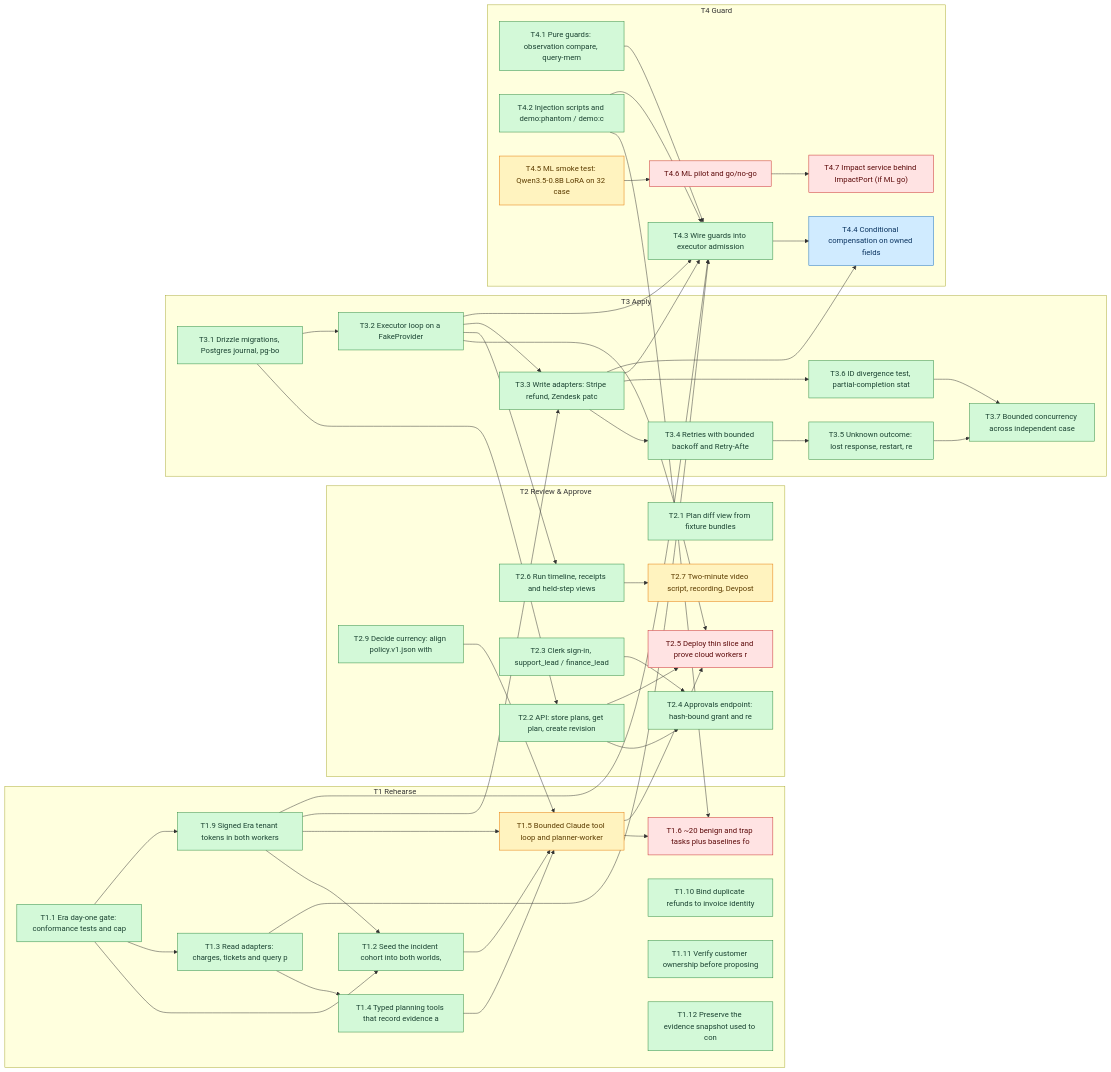
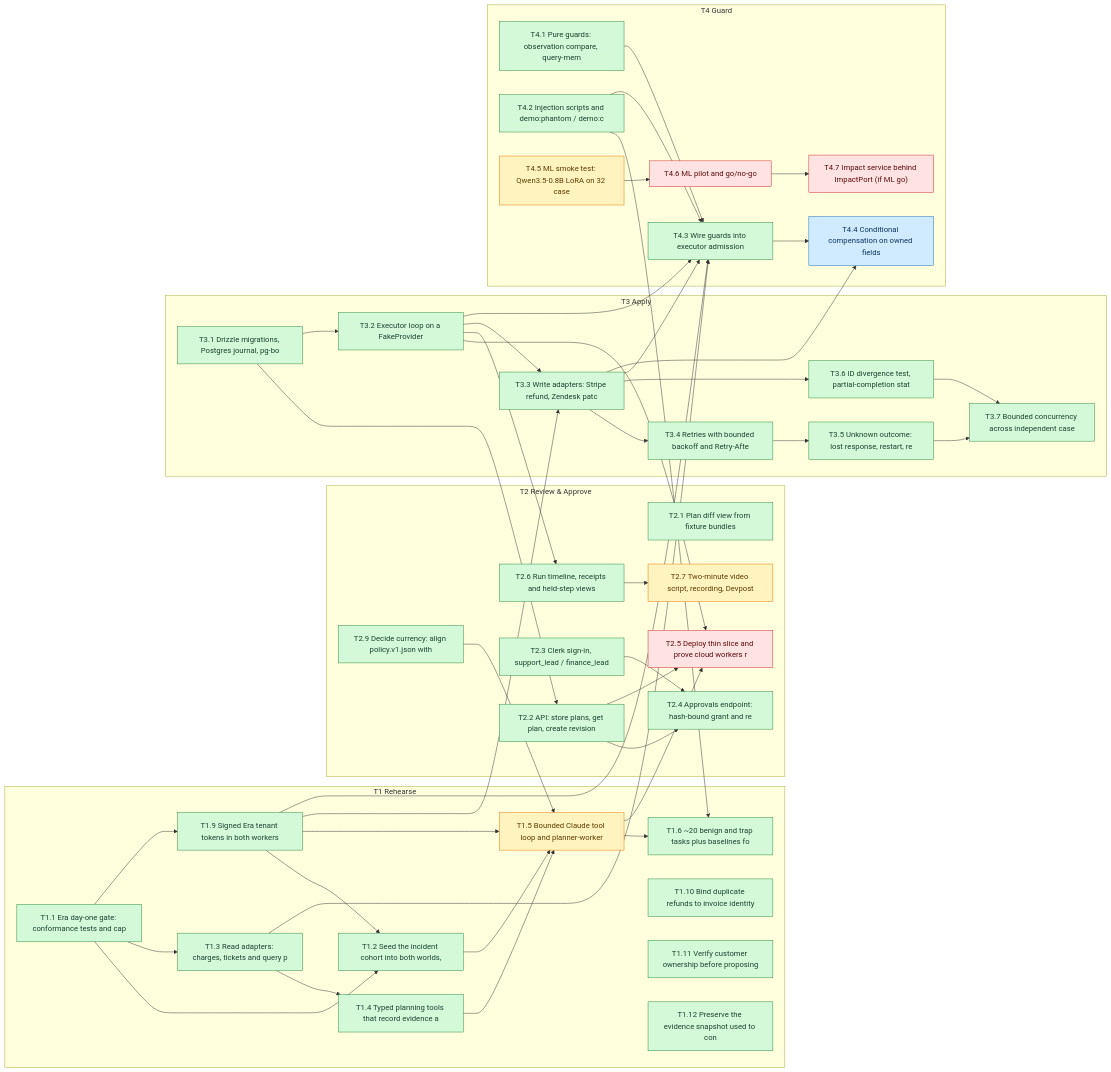
One commit to SoroushRF/Rehearsal changed the diagram in BLOCKERS.md. Above: the diagram before and after it, drawn with Mermaid. The commit also changed other lines of this file, not shown here.

```diff
--- a/BLOCKERS.md
+++ b/BLOCKERS.md
@@ -94,7 +94,7 @@
     T1_3["T1.3 Read adapters: charges, tickets and query p"]:::done
     T1_4["T1.4 Typed planning tools that record evidence a"]:::done
     T1_5["T1.5 Bounded Claude tool loop and planner-worker"]:::ready
-    T1_6["T1.6 ~20 benign and trap tasks plus baselines fo"]:::blocked
+    T1_6["T1.6 ~20 benign and trap tasks plus baselines fo"]:::done
     T1_9["T1.9 Signed Era tenant tokens in both workers"]:::done
     T1_10["T1.10 Bind duplicate refunds to invoice identity"]:::done
     T1_11["T1.11 Verify customer ownership before proposing"]:::done
```
